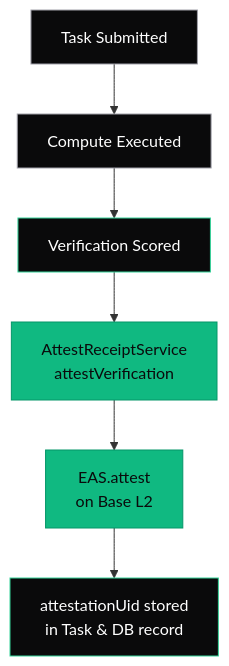
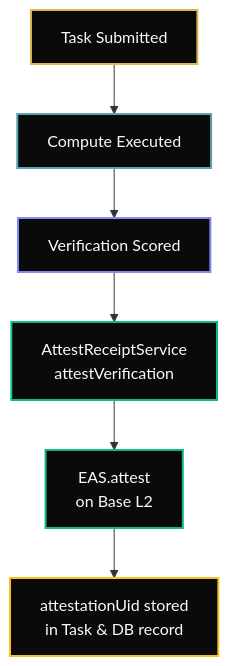
The diagram in agentchain/attestations.mdx (humbleaf/docs), drawn with Mermaid before and after one commit. The commit also changed 6 other files, not shown here.

````diff
--- a/agentchain/attestations.mdx
+++ b/agentchain/attestations.mdx
@@ -102,15 +102,15 @@
 ```mermaid
 flowchart TD
     A[Task Submitted] --> B[Compute Executed]
     B --> C[Verification Scored]
     C --> D[AttestReceiptService<br>attestVerification]
     D --> E[EAS.attest<br>on Base L2]
     E --> F[attestationUid stored<br>in Task & DB record]
     
-    style A fill:#0a0a0b,stroke:#a1a1aa,color:#ffffff
-    style B fill:#0a0a0b,stroke:#a1a1aa,color:#ffffff
-    style C fill:#0a0a0b,stroke:#34d399,color:#ffffff
-    style D fill:#10b981,stroke:#059669,color:#0a0a0b
-    style E fill:#10b981,stroke:#059669,color:#0a0a0b
-    style F fill:#0a0a0b,stroke:#34d399,color:#ffffff
+    style A fill:#0a0a0b,stroke:#d7b94d,stroke-width:2px,color:#fafafa
+    style B fill:#0a0a0b,stroke:#5ba3b5,stroke-width:2px,color:#fafafa
+    style C fill:#0a0a0b,stroke:#818cf8,stroke-width:2px,color:#fafafa
+    style D fill:#0a0a0b,stroke:#10B981,stroke-width:2px,color:#fafafa
+    style E fill:#0a0a0b,stroke:#10B981,stroke-width:2px,color:#fafafa
+    style F fill:#0a0a0b,stroke:#fbbf24,stroke-width:2px,color:#fafafa
 ```
````
